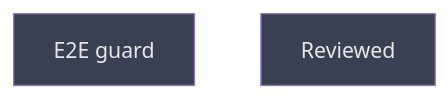
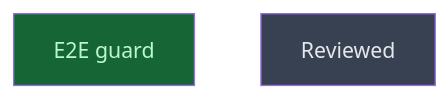
One commit to CrackingShells/Candler changed the diagram in __roadmap__/m6_5-agent-config/installed/proved/README.md. Above: the diagram before and after it, drawn with Mermaid. The commit also changed other lines of this file and 8 other files, not shown here.

````diff
--- a/__roadmap__/m6_5-agent-config/installed/proved/README.md
+++ b/__roadmap__/m6_5-agent-config/installed/proved/README.md
@@ -16,10 +16,10 @@
 ```mermaid
 graph TD
-    e2e_guard[E2E guard]:::planned
+    e2e_guard[E2E guard]:::done
     reviewed[Reviewed]:::planned
     classDef done       fill:#166534,color:#bbf7d0
     classDef inprogress fill:#854d0e,color:#fef08a
     classDef planned    fill:#374151,color:#e5e7eb
     classDef amendment  fill:#1e3a5f,color:#bfdbfe
     classDef blocked    fill:#7f1d1d,color:#fecaca
 ```
````
